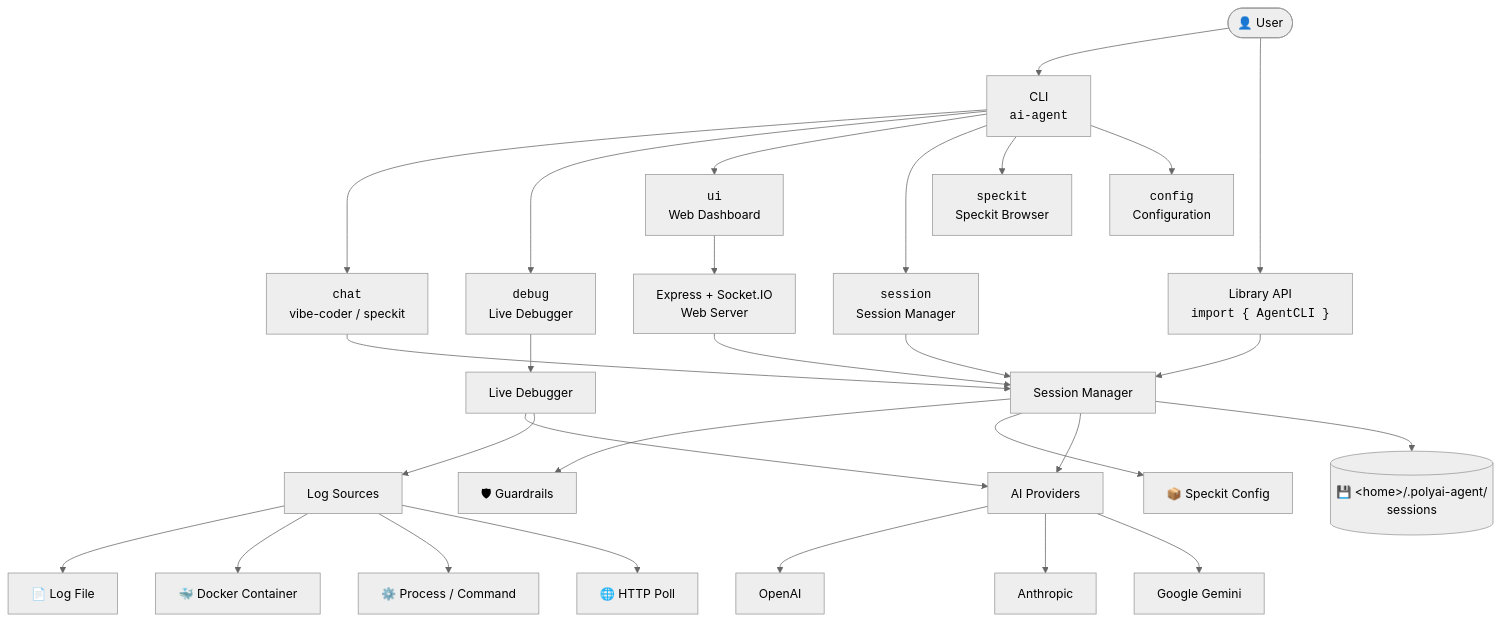
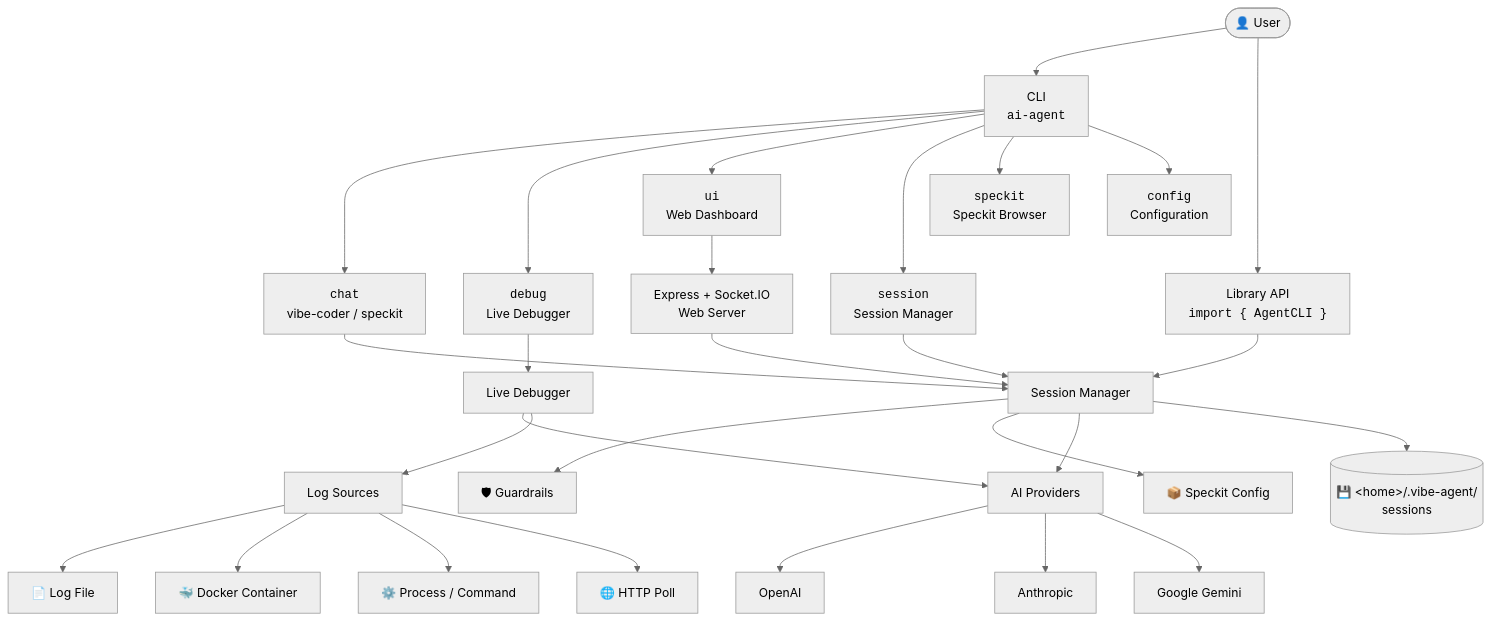
The first of 3 diagrams in README.md (fury-r/fusion-agent), drawn with Mermaid (neutral theme) before and after one commit. The commit also changed other lines of this file and 9 other files, not shown here.

First line of the commit message:
rename: polyai-agent → vibe-agent to avoid conflict with PolyAI company

````diff
--- a/README.md
+++ b/README.md
@@ -27,38 +30,38 @@
 ```mermaid
 flowchart TD
     User([👤 User]) --> CLI["CLI\n<code>ai-agent</code>"]
     User --> LibAPI["Library API\n<code>import { AgentCLI }</code>"]
 
     CLI --> Chat["<code>chat</code>\nvibe-coder / speckit"]
     CLI --> Debug["<code>debug</code>\nLive Debugger"]
     CLI --> UI["<code>ui</code>\nWeb Dashboard"]
     CLI --> SessionCmd["<code>session</code>\nSession Manager"]
     CLI --> Speckit["<code>speckit</code>\nSpeckit Browser"]
     CLI --> Config["<code>config</code>\nConfiguration"]
 
     Chat --> SM[Session Manager]
     LibAPI --> SM
 
     SM --> Guardrails[🛡 Guardrails]
     SM --> SpeckitConf[📦 Speckit Config]
     SM --> Providers
 
     Debug --> LiveDbg[Live Debugger]
     LiveDbg --> Providers
     LiveDbg --> LogSrc[Log Sources]
 
     LogSrc --> LogFile[📄 Log File]
     LogSrc --> DockerSrc[🐳 Docker Container]
     LogSrc --> ProcSrc[⚙️ Process / Command]
     LogSrc --> HTTPSrc[🌐 HTTP Poll]
 
     Providers[AI Providers] --> OpenAI[OpenAI]
     Providers --> Anthropic[Anthropic]
     Providers --> Gemini[Google Gemini]
 
-    SM --> Storage[(💾 &lt;home&gt;/.polyai-agent/\nsessions)]
+    SM --> Storage[(💾 &lt;home&gt;/.vibe-agent/\nsessions)]
 
     UI --> WebServer["Express + Socket.IO\nWeb Server"]
     WebServer --> SM
     SessionCmd --> SM
 ```
````
